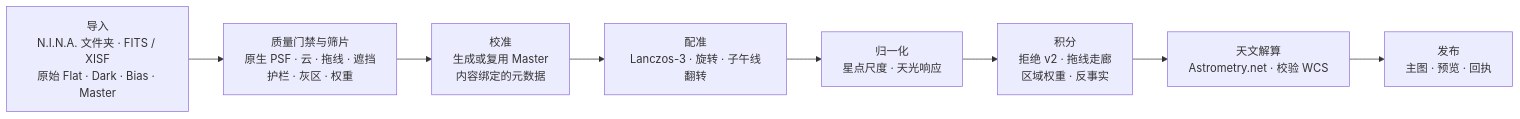
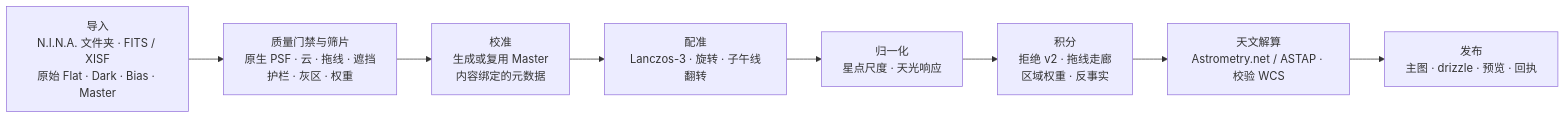
Before and after one commit to ShuoleiWang/Ultra-Fast-WBPP: the diagram in docs/README.zh-CN.md, drawn with Mermaid. The commit also changed other lines of this file and 21 other files, not shown here.

````diff
--- a/docs/README.zh-CN.md
+++ b/docs/README.zh-CN.md
@@ -53,10 +88,10 @@
 ```mermaid
 flowchart LR
   A["导入<br/>N.I.N.A. 文件夹 · FITS / XISF<br/>原始 Flat · Dark · Bias · Master"] --> B["质量门禁与筛片<br/>原生 PSF · 云 · 拖线 · 遮挡<br/>护栏 · 灰区 · 权重"]
   B --> C["校准<br/>生成或复用 Master<br/>内容绑定的元数据"]
   C --> D["配准<br/>Lanczos-3 · 旋转 · 子午线翻转"]
   D --> E["归一化<br/>星点尺度 · 天光响应"]
   E --> F["积分<br/>拒绝 v2 · 拖线走廊<br/>区域权重 · 反事实"]
-  F --> G["天文解算<br/>Astrometry.net · 校验 WCS"]
-  G --> H["发布<br/>主图 · 预览 · 回执"]
+  F --> G["天文解算<br/>Astrometry.net / ASTAP · 校验 WCS"]
+  G --> H["发布<br/>主图 · drizzle · 预览 · 回执"]
 ```
````
